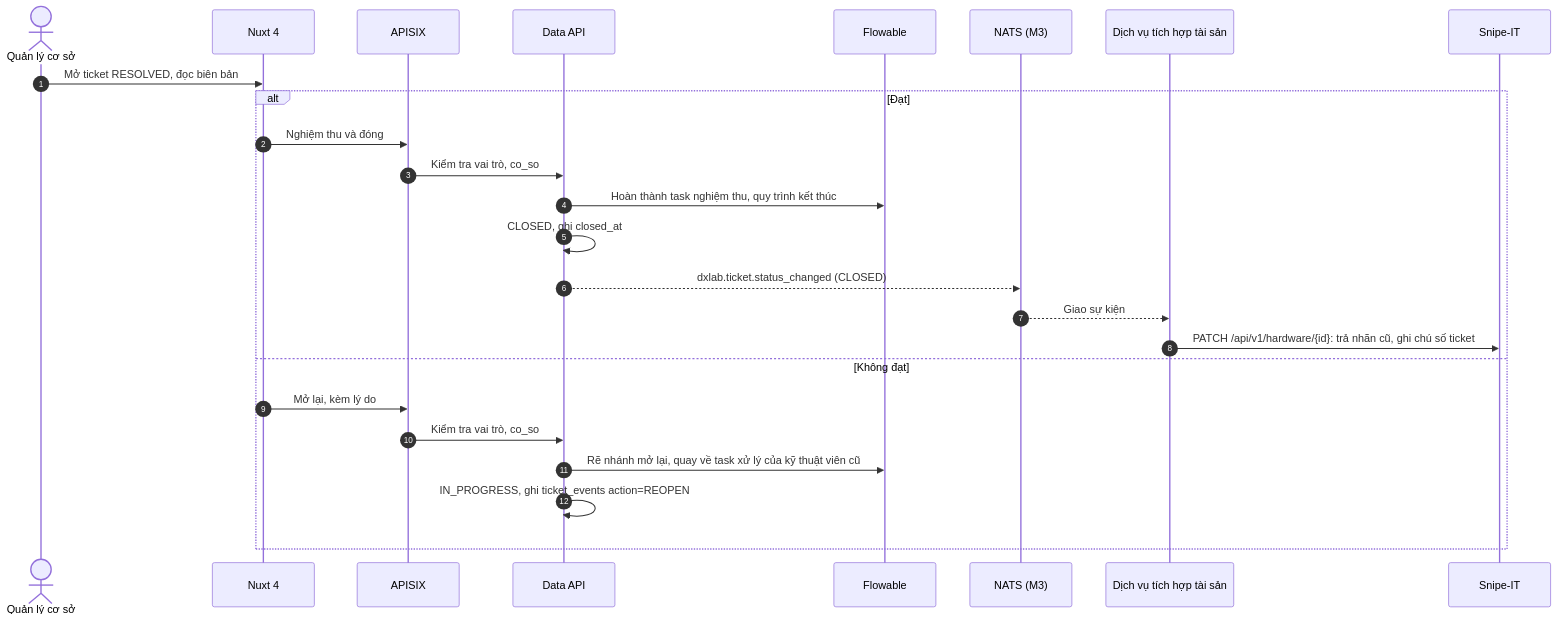
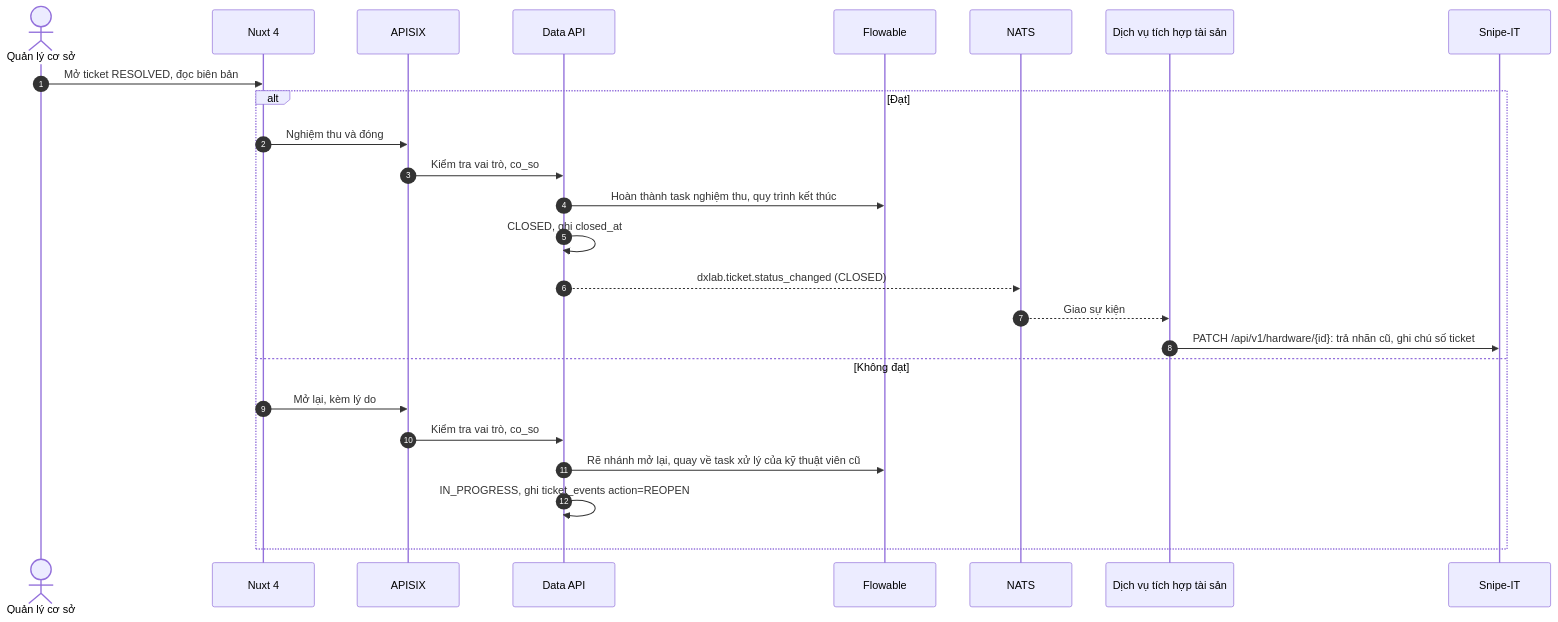
The fifth of 6 diagrams in docs/architecture.md (HaUI-Libre/dx-lab), drawn with Mermaid before and after one commit. The commit also changed other lines of this file and 4 other files, not shown here.

````diff
--- a/docs/architecture.md
+++ b/docs/architecture.md
@@ -383,28 +382,28 @@
 ```mermaid
 sequenceDiagram
     autonumber
     actor Mgr as Quản lý cơ sở
     participant UI as Nuxt 4
     participant GW as APISIX
     participant Data as Data API
     participant FL as Flowable
-    participant NATS as NATS (M3)
+    participant NATS as NATS
     participant AS as Dịch vụ tích hợp tài sản
     participant SN as Snipe-IT
 
     Mgr->>UI: Mở ticket RESOLVED, đọc biên bản
     alt Đạt
         UI->>GW: Nghiệm thu và đóng
         GW->>Data: Kiểm tra vai trò, co_so
         Data->>FL: Hoàn thành task nghiệm thu, quy trình kết thúc
         Data->>Data: CLOSED, ghi closed_at
         Data-->>NATS: dxlab.ticket.status_changed (CLOSED)
         NATS-->>AS: Giao sự kiện
         AS->>SN: PATCH /api/v1/hardware/{id}: trả nhãn cũ, ghi chú số ticket
     else Không đạt
         UI->>GW: Mở lại, kèm lý do
         GW->>Data: Kiểm tra vai trò, co_so
         Data->>FL: Rẽ nhánh mở lại, quay về task xử lý của kỹ thuật viên cũ
         Data->>Data: IN_PROGRESS, ghi ticket_events action=REOPEN
     end
 ```
````
